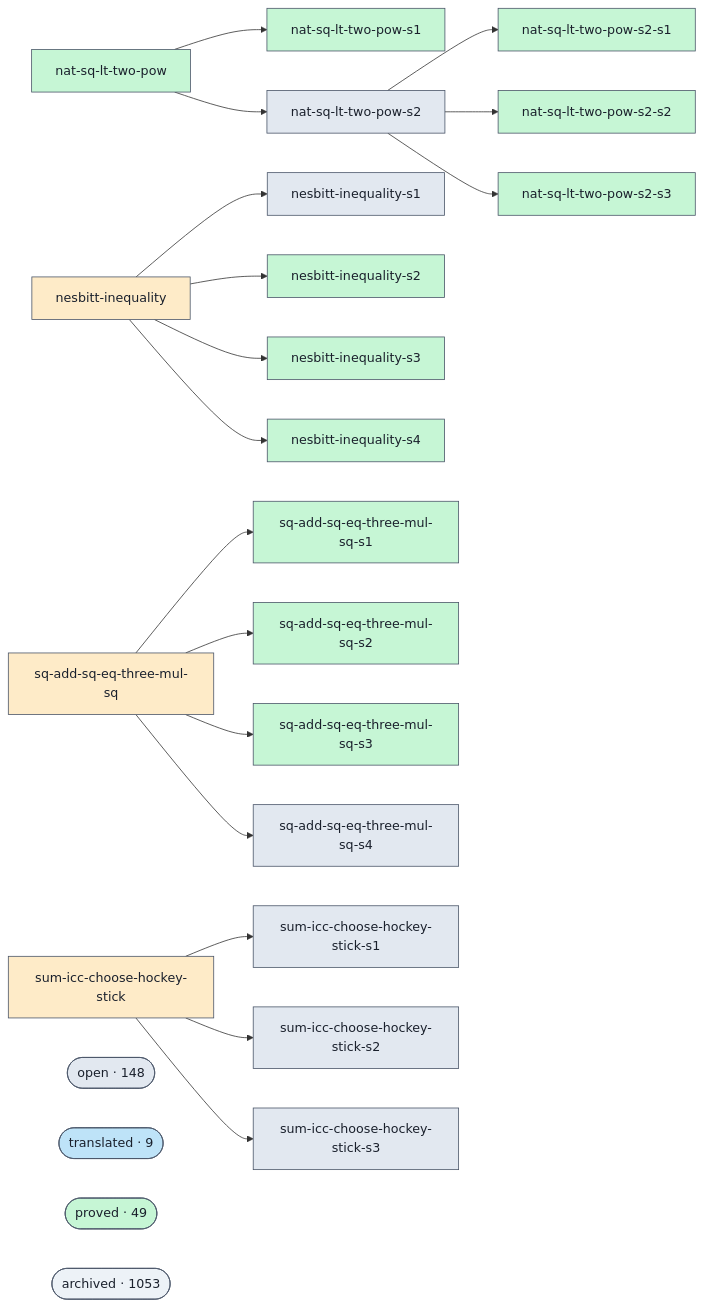
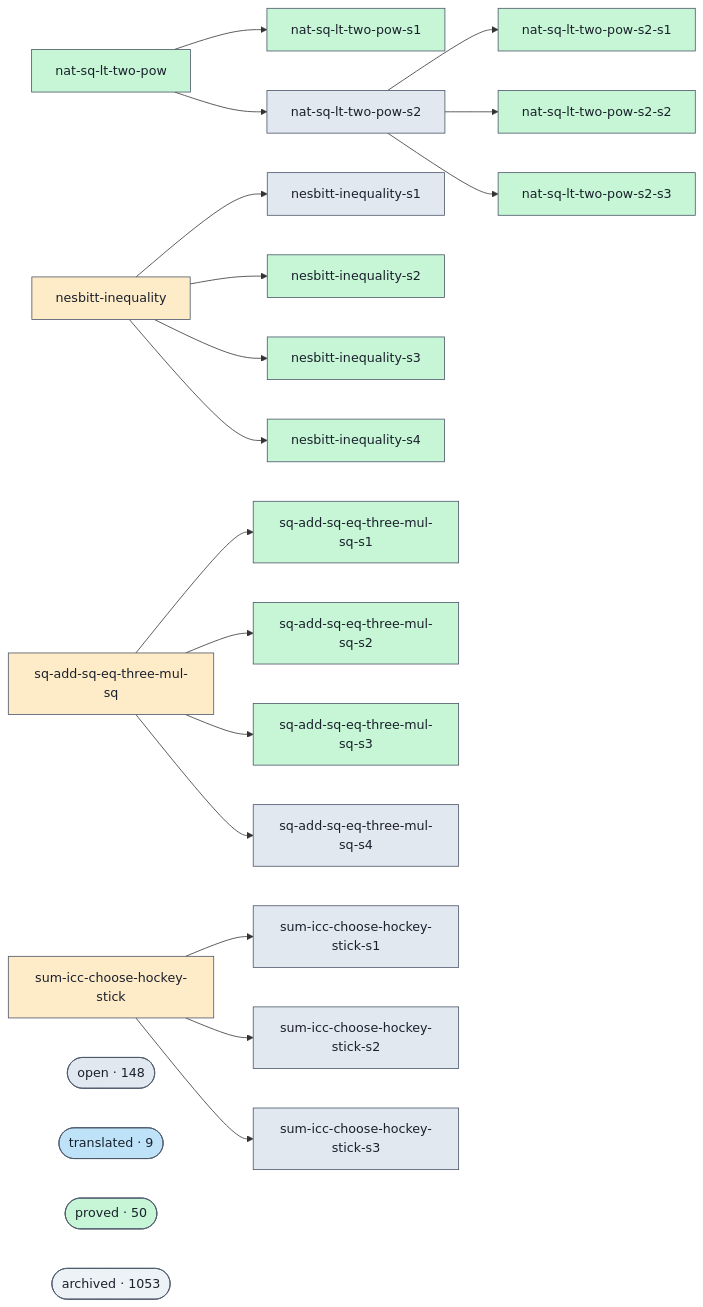
One commit to ohdearquant/unsorry changed the diagram in docs/proofs-contributors-visualisation.md. Above: the diagram before and after it, drawn with Mermaid. The commit also changed other lines of this file and 2 other files, not shown here.

```diff
--- a/docs/proofs-contributors-visualisation.md
+++ b/docs/proofs-contributors-visualisation.md
@@ -102,7 +102,7 @@
   class cluster_open open;
   cluster_translated(["translated · 9"])
   class cluster_translated translated;
-  cluster_proved(["proved · 49"])
+  cluster_proved(["proved · 50"])
   class cluster_proved proved;
   cluster_archived(["archived · 1053"])
   class cluster_archived unknown;
```
